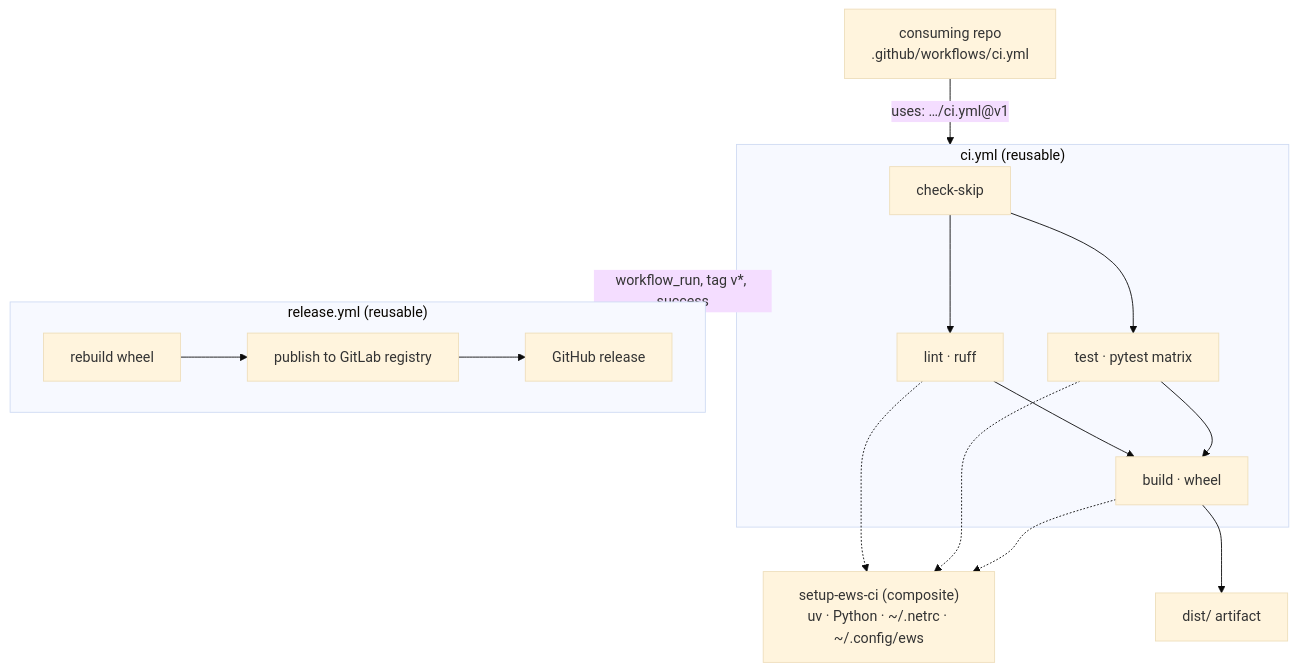
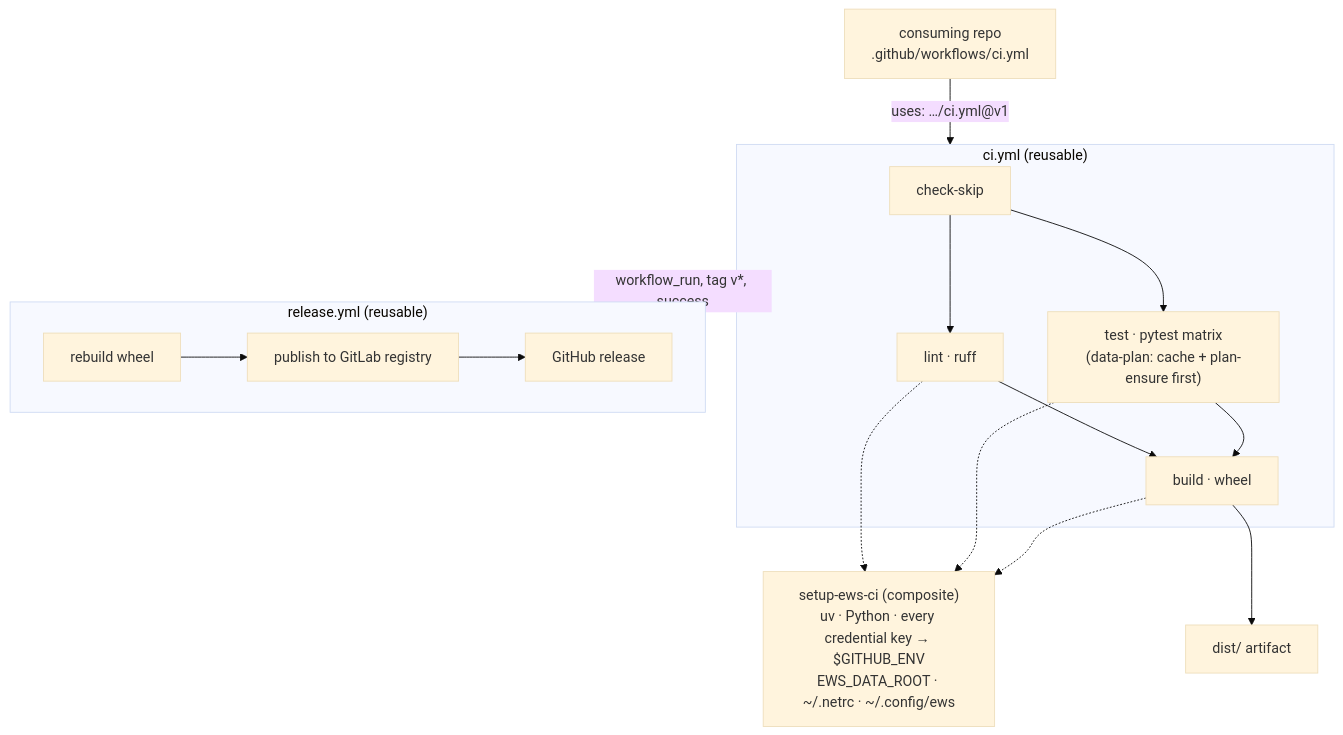
One commit to EWS-Consulting-Public/ews-ci-action changed the diagram in docs/README.md. Above: the diagram before and after it, drawn with Mermaid (base theme). The commit also changed other lines of this file and 14 other files, not shown here.

````diff
--- a/docs/README.md
+++ b/docs/README.md
@@ -15,20 +15,20 @@
 ```mermaid
 flowchart TD
     CALL["consuming repo<br/>.github/workflows/ci.yml"] -->|"uses: …/ci.yml@v1"| CI
     subgraph CI["ci.yml (reusable)"]
         SKIP[check-skip] --> LINT[lint · ruff]
-        SKIP --> TEST["test · pytest matrix"]
+        SKIP --> TEST["test · pytest matrix<br/>(data-plan: cache + plan-ensure first)"]
         LINT --> BUILD[build · wheel]
         TEST --> BUILD
     end
     LINT -.-> SETUP
     TEST -.-> SETUP
     BUILD -.-> SETUP
-    SETUP["setup-ews-ci (composite)<br/>uv · Python · ~/.netrc · ~/.config/ews"]
+    SETUP["setup-ews-ci (composite)<br/>uv · Python · every credential key → $GITHUB_ENV<br/>EWS_DATA_ROOT · ~/.netrc · ~/.config/ews"]
     BUILD --> ART[dist/ artifact]
     CI -->|"workflow_run, tag v*, success"| REL
     subgraph REL["release.yml (reusable)"]
         RB["rebuild wheel"] --> PUB["publish to GitLab registry"]
         PUB --> GHR["GitHub release"]
     end
 ```
````
